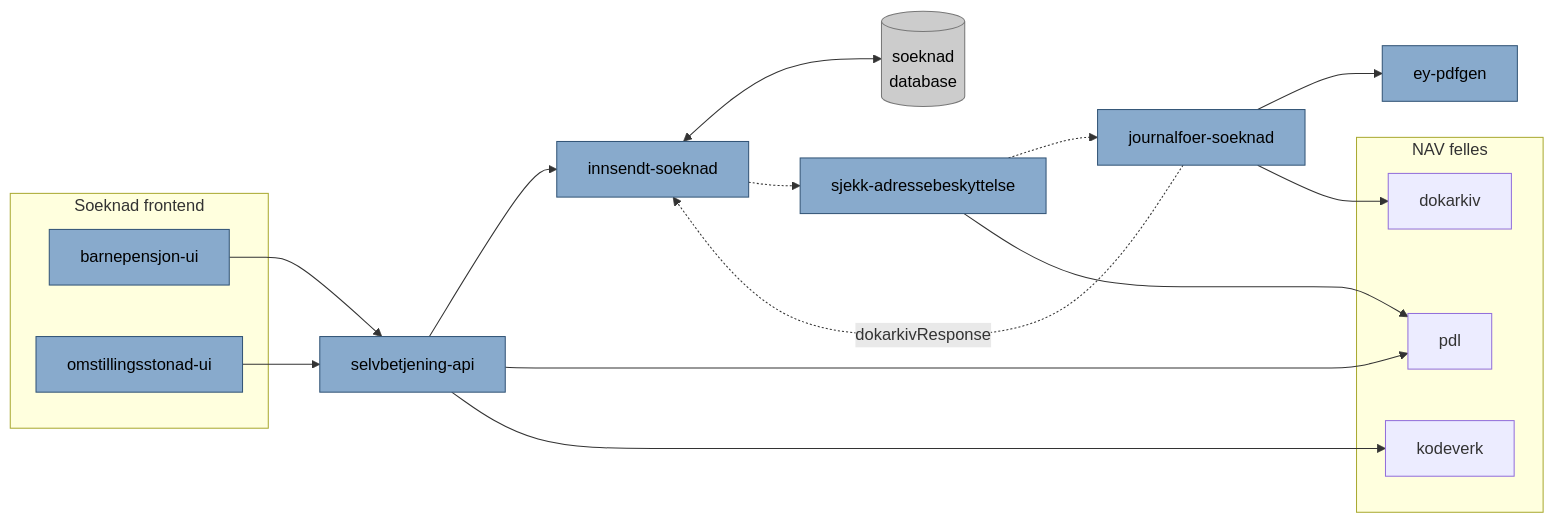
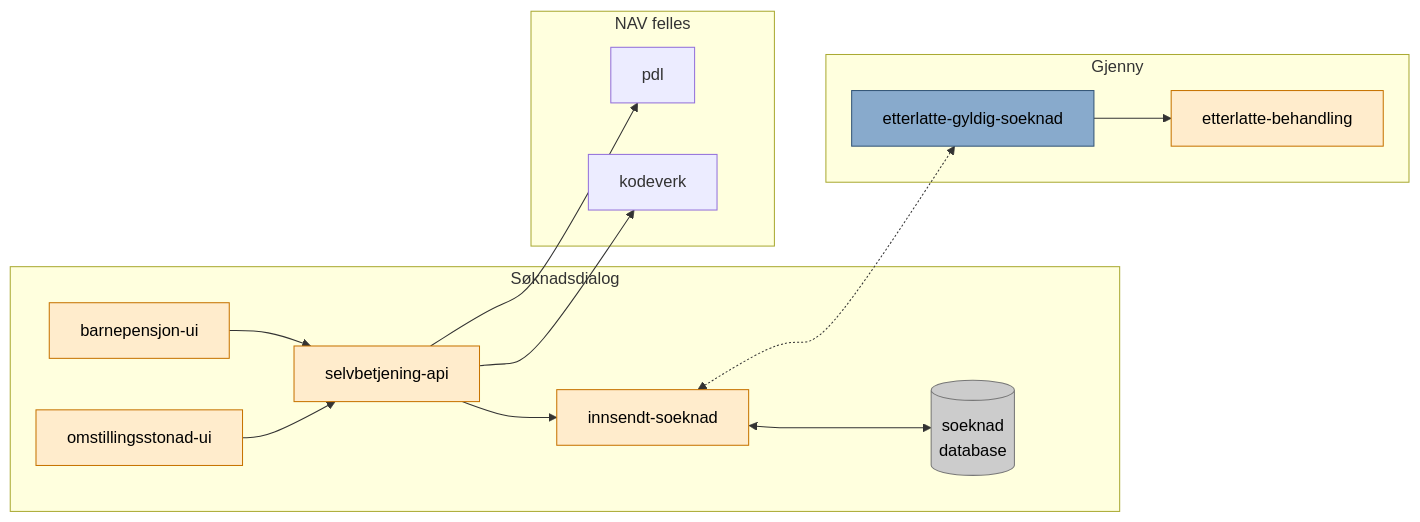
The diagram in README.md (navikt/pensjon-etterlatte), drawn with Mermaid before and after one commit. The commit also changed other lines of this file and 46 other files, not shown here.

Commit message:
EY-3845 Slette rivers det ikke lenger er behov for

````diff
--- a/README.md
+++ b/README.md
@@ -34,33 +29,38 @@
 ```mermaid
 flowchart LR
 
-classDef app fill:#88AACC,color:#000,stroke:#335577
+classDef app fill:#ffeccc,color:#000,stroke:#c77300
+classDef river fill:#88AACC,color:#000,stroke:#335577
 classDef db fill:#ccc,color:#000,stroke:#777
 classDef text fill:none,color:#ddd
 
-barnepensjon-ui:::app --> selvbetjening-api
-omstillingsstonad-ui:::app --> selvbetjening-api
+barnepensjon-ui --> selvbetjening-api
+omstillingsstonad-ui --> selvbetjening-api
 
-subgraph frontend["Soeknad frontend"]
-    barnepensjon-ui
-    omstillingsstonad-ui
-end
-
-selvbetjening-api:::app --> innsendt-soeknad
-innsendt-soeknad:::app <--> innsendt-soeknad-v2[(soeknad\ndatabase)]:::db
-innsendt-soeknad -.-> sjekk-adressebeskyttelse
-sjekk-adressebeskyttelse:::app -.-> journalfoer-soeknad
-journalfoer-soeknad --> ey-pdfgen:::app
-journalfoer-soeknad:::app --> dokarkiv
-journalfoer-soeknad -. dokarkivResponse .-> innsendt-soeknad
+innsendt-soeknad <-.-> etterlatte-gyldig-soeknad
+etterlatte-gyldig-soeknad --> etterlatte-behandling
 
 selvbetjening-api --> pdl
 selvbetjening-api --> kodeverk
-sjekk-adressebeskyttelse --> pdl
+
+selvbetjening-api --> innsendt-soeknad
+innsendt-soeknad <--> innsendt-soeknad-v2[(soeknad\ndatabase)]
+
+subgraph frontend["Søknadsdialog"]
+    barnepensjon-ui:::app
+    omstillingsstonad-ui:::app
+    selvbetjening-api:::app
+    innsendt-soeknad:::app
+    innsendt-soeknad-v2:::db
+end
+
+subgraph gjenny["Gjenny"]
+    etterlatte-gyldig-soeknad:::river
+    etterlatte-behandling:::app
+end
 
 subgraph ekstern["NAV felles"]
-    dokarkiv
     kodeverk
     pdl
 end
 ```
````
